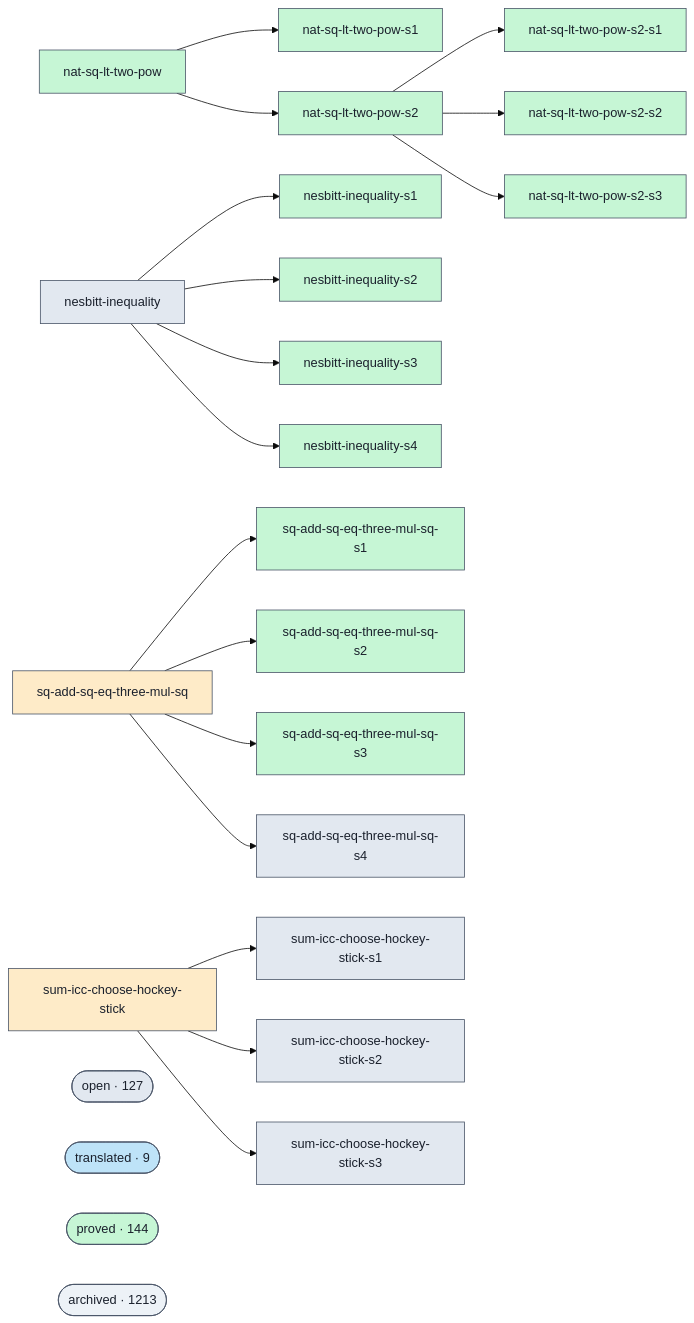
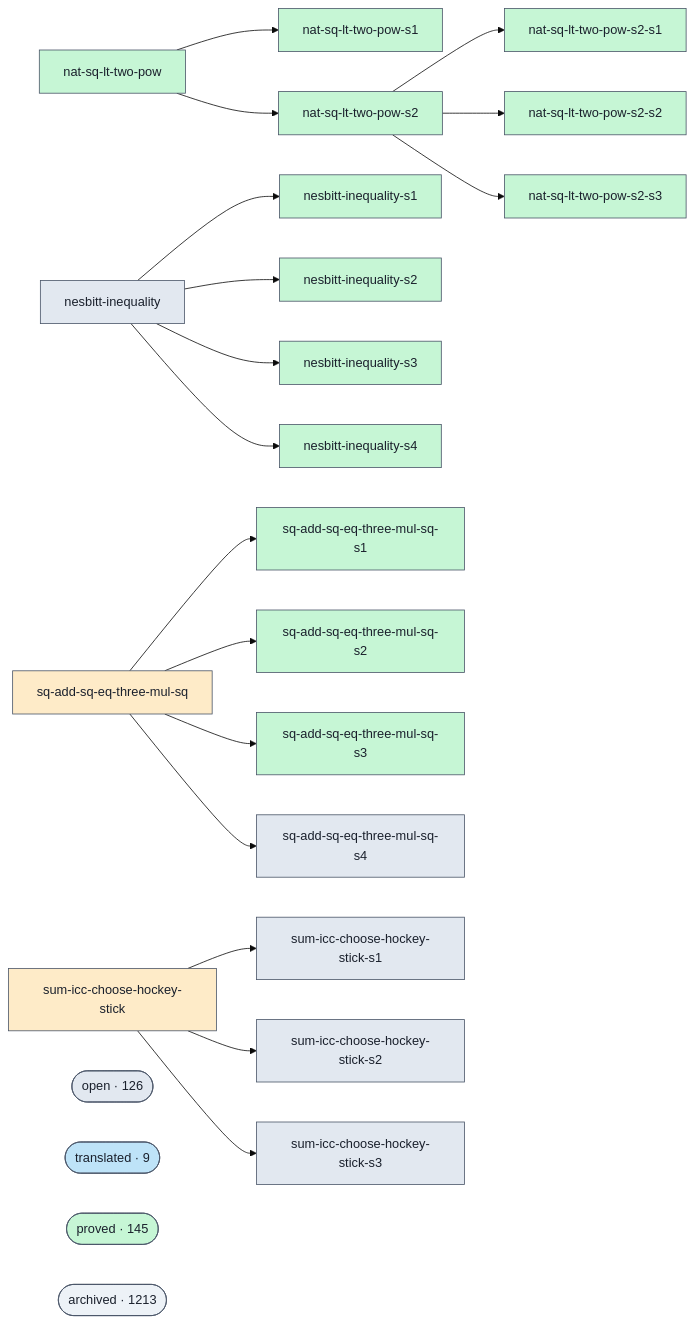
The diagram in docs/proofs-contributors-visualisation.md (ohdearquant/unsorry), drawn with Mermaid (base theme) before and after one commit. The commit also changed other lines of this file and 2 other files, not shown here.

```diff
--- a/docs/proofs-contributors-visualisation.md
+++ b/docs/proofs-contributors-visualisation.md
@@ -98,11 +98,11 @@
   g_sum_icc_choose_hockey_stick --> g_sum_icc_choose_hockey_stick_s1
   g_sum_icc_choose_hockey_stick --> g_sum_icc_choose_hockey_stick_s2
   g_sum_icc_choose_hockey_stick --> g_sum_icc_choose_hockey_stick_s3
-  cluster_open(["open · 127"])
+  cluster_open(["open · 126"])
   class cluster_open open;
   cluster_translated(["translated · 9"])
   class cluster_translated translated;
-  cluster_proved(["proved · 144"])
+  cluster_proved(["proved · 145"])
   class cluster_proved proved;
   cluster_archived(["archived · 1213"])
   class cluster_archived unknown;
```
